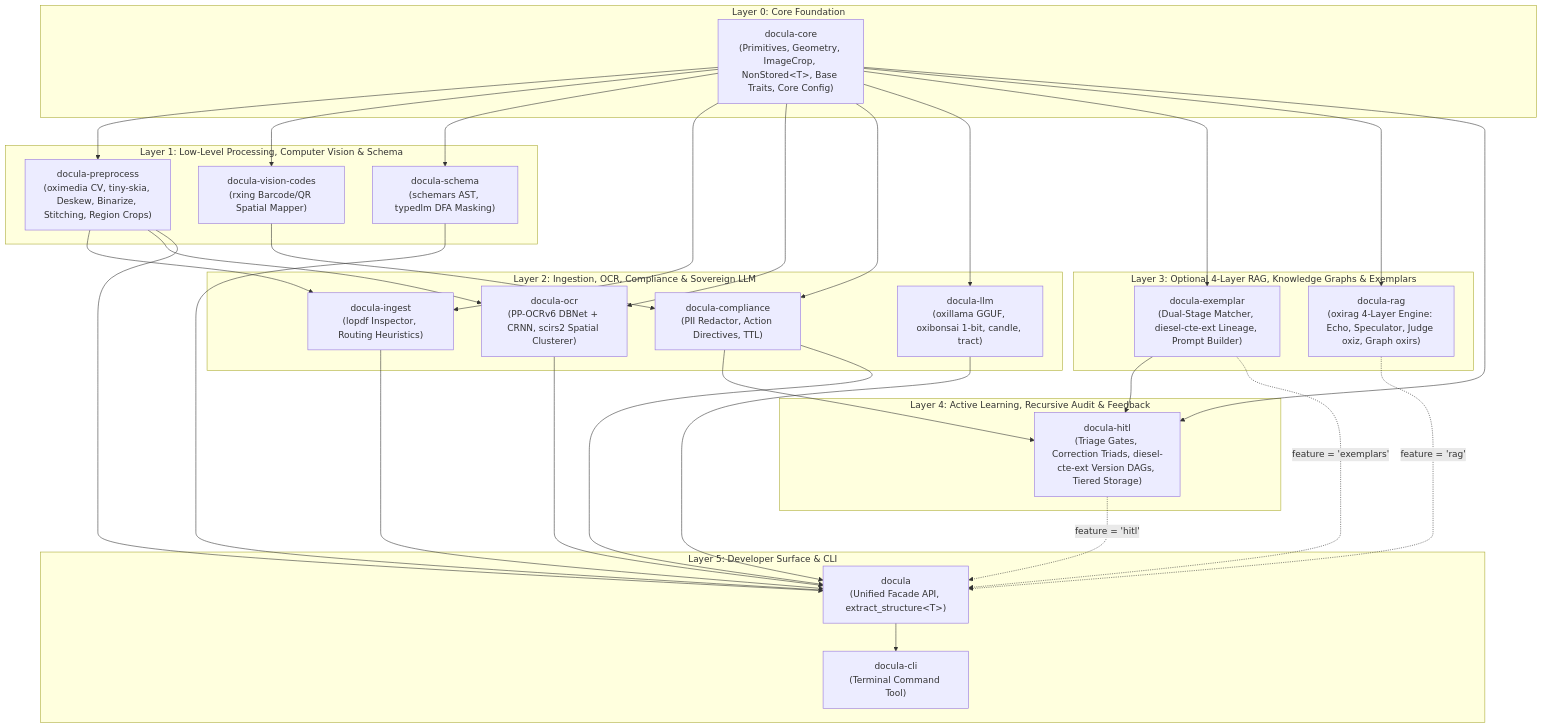
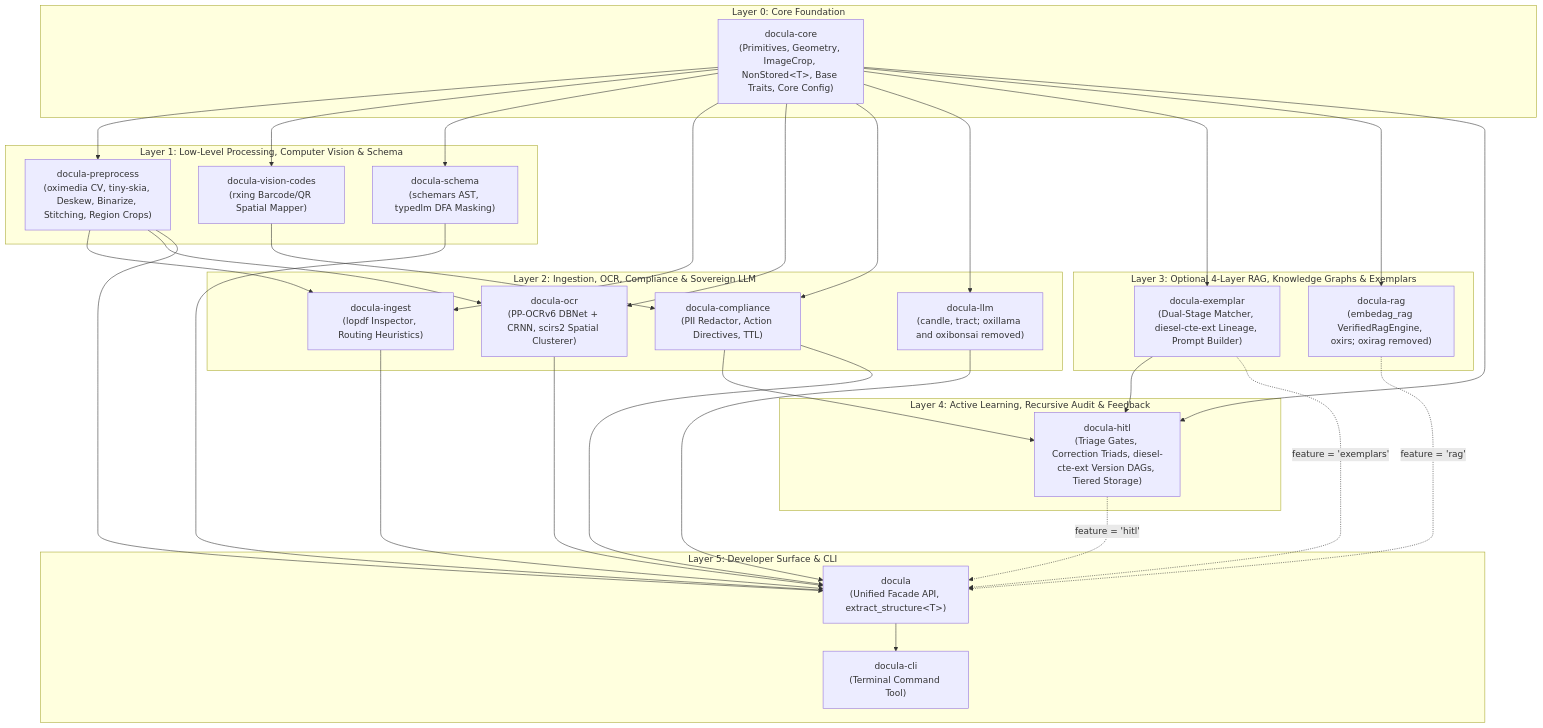
The diagram in docs/02_DESIGN_PATTERNS_AND_ARCHITECTURE.md (yasuomaidana/docula), drawn with Mermaid before and after one commit. The commit also changed other lines of this file and 28 other files, not shown here.

````diff
--- a/docs/02_DESIGN_PATTERNS_AND_ARCHITECTURE.md
+++ b/docs/02_DESIGN_PATTERNS_AND_ARCHITECTURE.md
@@ -13,59 +13,59 @@
 ```mermaid
 flowchart TD
     subgraph Layer0["Layer 0: Core Foundation"]
         CORE["docula-core<br/>(Primitives, Geometry, ImageCrop, NonStored&lt;T&gt;, Base Traits, Core Config)"]
     end
 
     subgraph Layer1["Layer 1: Low-Level Processing, Computer Vision & Schema"]
         PRE["docula-preprocess<br/>(oximedia CV, tiny-skia, Deskew, Binarize, Stitching, Region Crops)"]
         CODES["docula-vision-codes<br/>(rxing Barcode/QR Spatial Mapper)"]
         SCHEMA["docula-schema<br/>(schemars AST, typedlm DFA Masking)"]
     end
 
     subgraph Layer2["Layer 2: Ingestion, OCR, Compliance & Sovereign LLM"]
         INGEST["docula-ingest<br/>(lopdf Inspector, Routing Heuristics)"]
         OCR["docula-ocr<br/>(PP-OCRv6 DBNet + CRNN, scirs2 Spatial Clusterer)"]
         COMP["docula-compliance<br/>(PII Redactor, Action Directives, TTL)"]
-        LLM["docula-llm<br/>(oxillama GGUF, oxibonsai 1-bit, candle, tract)"]
+        LLM["docula-llm<br/>(candle, tract; oxillama and oxibonsai removed)"]
     end
 
     subgraph Layer3["Layer 3: Optional 4-Layer RAG, Knowledge Graphs & Exemplars"]
         EXEMPLAR["docula-exemplar<br/>(Dual-Stage Matcher, diesel-cte-ext Lineage, Prompt Builder)"]
-        RAG["docula-rag<br/>(oxirag 4-Layer Engine: Echo, Speculator, Judge oxiz, Graph oxirs)"]
+        RAG["docula-rag<br/>(embedag_rag VerifiedRagEngine, oxirs; oxirag removed)"]
     end
 
     subgraph Layer4["Layer 4: Active Learning, Recursive Audit & Feedback"]
         HITL["docula-hitl<br/>(Triage Gates, Correction Triads, diesel-cte-ext Version DAGs, Tiered Storage)"]
     end
 
     subgraph Layer5["Layer 5: Developer Surface & CLI"]
         FACADE["docula<br/>(Unified Facade API, extract_structure&lt;T&gt;)"]
         CLI["docula-cli<br/>(Terminal Command Tool)"]
     end
 
     CORE --> PRE
     CORE --> CODES
     CORE --> SCHEMA
     CORE --> INGEST
     PRE --> INGEST
     CORE --> OCR
     PRE --> OCR
     CORE --> COMP
     CODES --> COMP
     CORE --> LLM
     CORE --> EXEMPLAR
     CORE --> RAG
     CORE --> HITL
     EXEMPLAR --> HITL
     COMP --> HITL
     INGEST --> FACADE
     PRE --> FACADE
     OCR --> FACADE
     SCHEMA --> FACADE
     LLM --> FACADE
     COMP --> FACADE
     EXEMPLAR -.->|feature = 'exemplars'| FACADE
     RAG -.->|feature = 'rag'| FACADE
     HITL -.->|feature = 'hitl'| FACADE
     FACADE --> CLI
 ```
````
